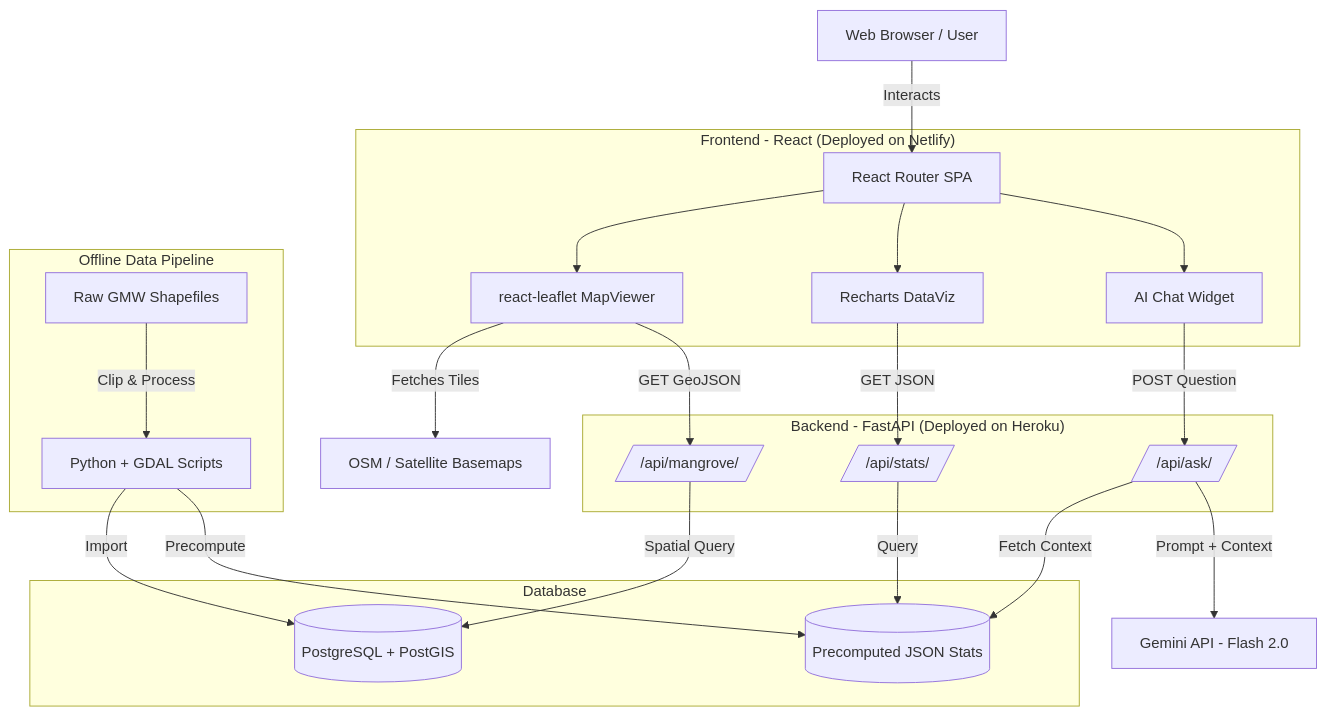
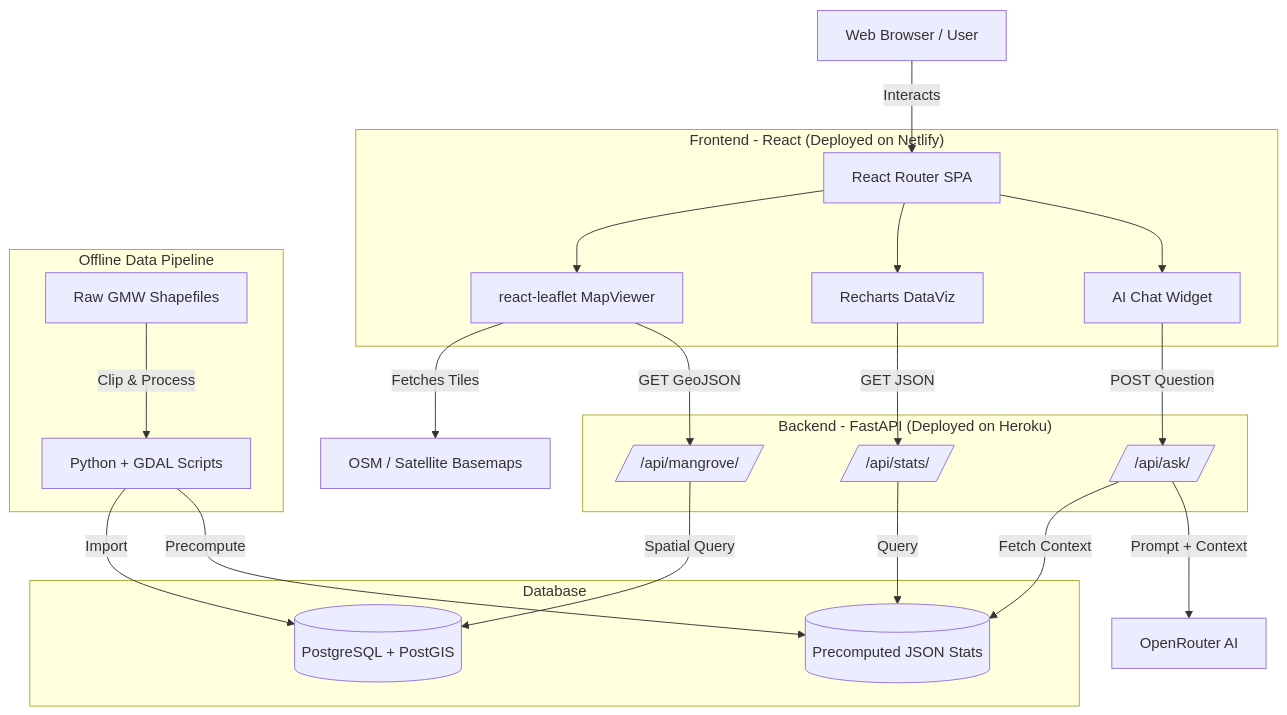
The diagram in ARCHITECTURE.md (titan2903/MangroveSight), drawn with Mermaid before and after one commit. The commit also changed other lines of this file and 10 other files, not shown here.

Commit message:
refactor: replace Google Gemini with OpenRouter AI for the backend chat service and update project documentation accordingly.

````diff
--- a/ARCHITECTURE.md
+++ b/ARCHITECTURE.md
@@ -9,55 +9,55 @@
 ```mermaid
 graph TD
     %% User and External Services
     User["Web Browser / User"]
-    Gemini["Gemini API - Flash 2.0"]
+    OpenRouter["OpenRouter AI"]
     OSM["OSM / Satellite Basemaps"]
 
     %% Frontend (Netlify)
     subgraph Frontend ["Frontend - React (Deployed on Netlify)"]
         UI["React Router SPA"]
         Map["react-leaflet MapViewer"]
         Chart["Recharts DataViz"]
         Chat["AI Chat Widget"]
       
         UI --> Map
         UI --> Chart
         UI --> Chat
     end
 
     %% Backend (Heroku)
     subgraph Backend ["Backend - FastAPI (Deployed on Heroku)"]
         API_Mangrove[/"/api/mangrove/"/]
         API_Stats[/"/api/stats/"/]
         API_Ask[/"/api/ask/"/]
     end
 
     %% Database (Heroku Add-on)
     subgraph Database ["Database"]
         PostGIS[("PostgreSQL + PostGIS")]
         JSON_Stats[("Precomputed JSON Stats")]
     end
 
     %% Data Pipeline (Offline)
     subgraph DataPipeline ["Offline Data Pipeline"]
         RawData["Raw GMW Shapefiles"]
         PythonScripts["Python + GDAL Scripts"]
     end
 
     %% Relationships
     User -->|Interacts| UI
     Map -->|Fetches Tiles| OSM
   
     Map -->|GET GeoJSON| API_Mangrove
     Chart -->|GET JSON| API_Stats
     Chat -->|POST Question| API_Ask
 
     API_Mangrove -->|Spatial Query| PostGIS
     API_Stats -->|Query| JSON_Stats
     API_Ask -->|Fetch Context| JSON_Stats
-    API_Ask -->|Prompt + Context| Gemini
+    API_Ask -->|Prompt + Context| OpenRouter
 
     RawData -->|Clip & Process| PythonScripts
     PythonScripts -->|Import| PostGIS
     PythonScripts -->|Precompute| JSON_Stats
 ```
````
